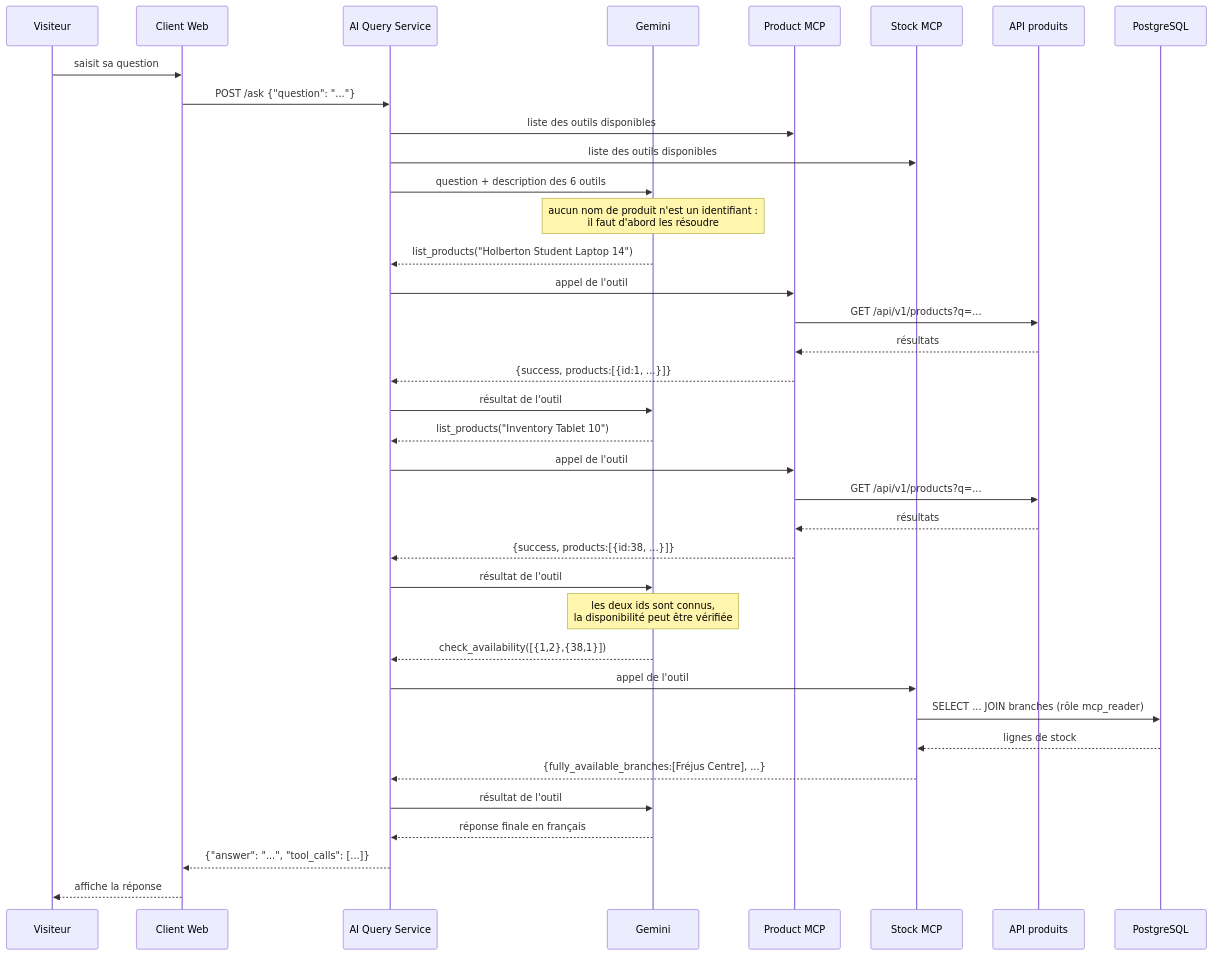
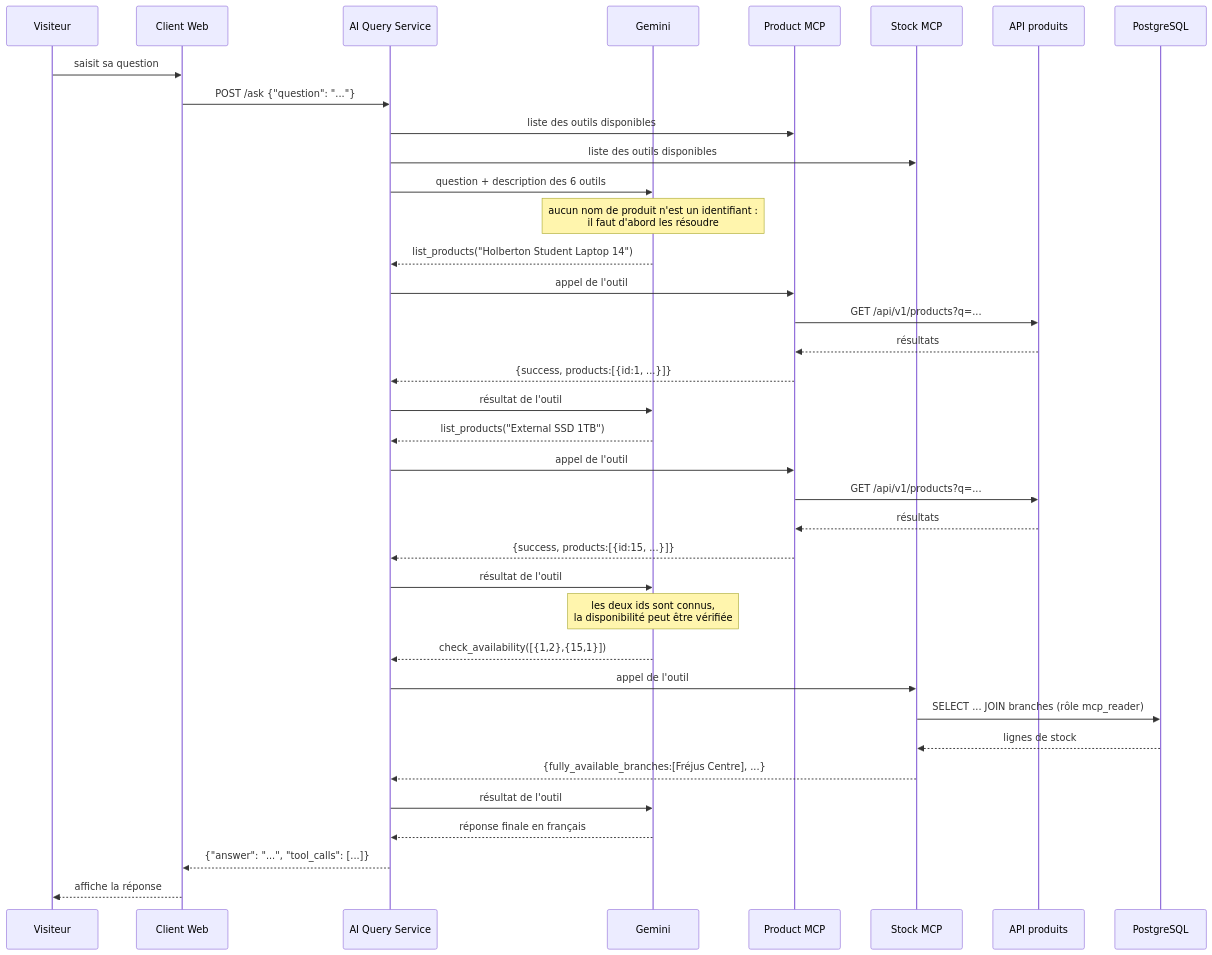
One commit to Chihaan/HBNtory changed the second of 2 diagrams in docs/architecture.md. Above: the diagram before and after it, drawn with Mermaid. The commit also changed other lines of this file and 11 other files, not shown here.

````diff
--- a/docs/architecture.md
+++ b/docs/architecture.md
@@ -180,46 +184,46 @@
 ```mermaid
 sequenceDiagram
     participant U as Visiteur
     participant C as Client Web
     participant A as AI Query Service
     participant G as Gemini
     participant P as Product MCP
     participant S as Stock MCP
     participant API as API produits
     participant DB as PostgreSQL
 
     U->>C: saisit sa question
     C->>A: POST /ask {"question": "..."}
     A->>P: liste des outils disponibles
     A->>S: liste des outils disponibles
     A->>G: question + description des 6 outils
 
     Note over G: aucun nom de produit n'est un identifiant :<br/>il faut d'abord les résoudre
 
     G-->>A: list_products("Holberton Student Laptop 14")
     A->>P: appel de l'outil
     P->>API: GET /api/v1/products?q=...
     API-->>P: résultats
     P-->>A: {success, products:[{id:1, ...}]}
     A->>G: résultat de l'outil
 
-    G-->>A: list_products("Inventory Tablet 10")
+    G-->>A: list_products("External SSD 1TB")
     A->>P: appel de l'outil
     P->>API: GET /api/v1/products?q=...
     API-->>P: résultats
-    P-->>A: {success, products:[{id:38, ...}]}
+    P-->>A: {success, products:[{id:15, ...}]}
     A->>G: résultat de l'outil
 
     Note over G: les deux ids sont connus,<br/>la disponibilité peut être vérifiée
 
-    G-->>A: check_availability([{1,2},{38,1}])
+    G-->>A: check_availability([{1,2},{15,1}])
     A->>S: appel de l'outil
     S->>DB: SELECT ... JOIN branches (rôle mcp_reader)
     DB-->>S: lignes de stock
     S-->>A: {fully_available_branches:[Fréjus Centre], ...}
     A->>G: résultat de l'outil
 
     G-->>A: réponse finale en français
     A-->>C: {"answer": "...", "tool_calls": [...]}
     C-->>U: affiche la réponse
 ```
````
